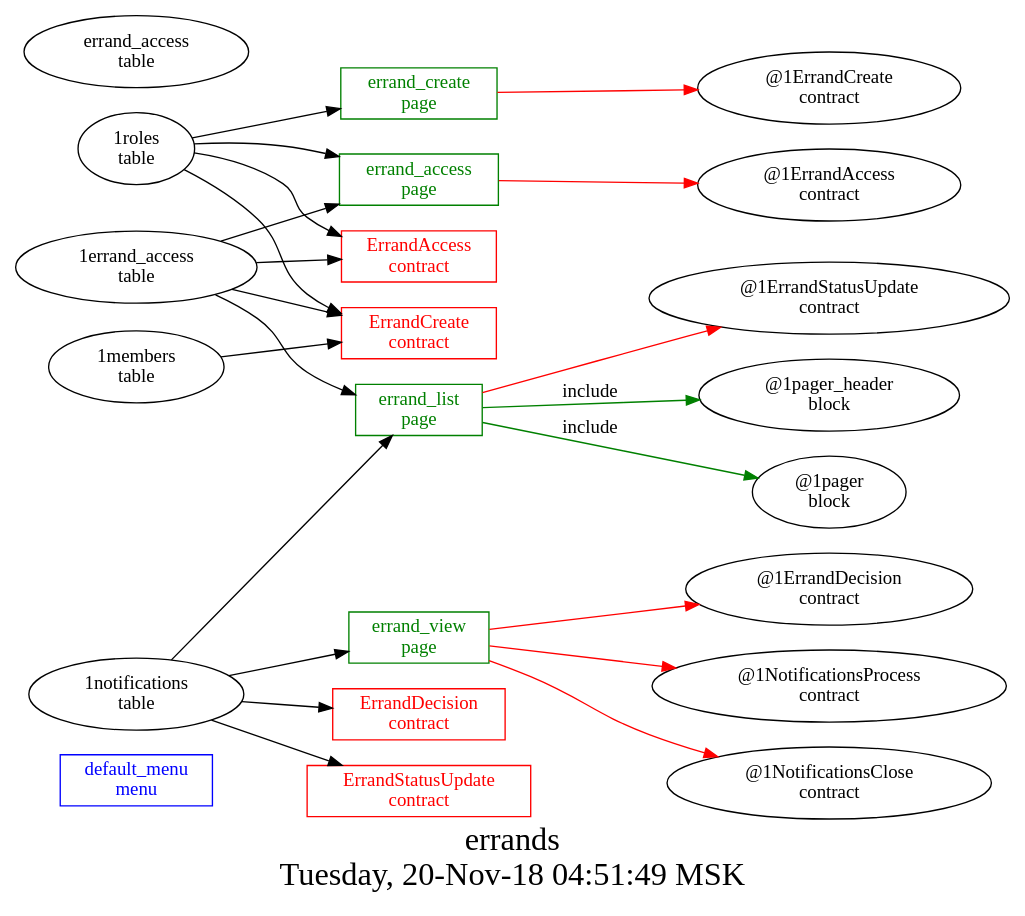
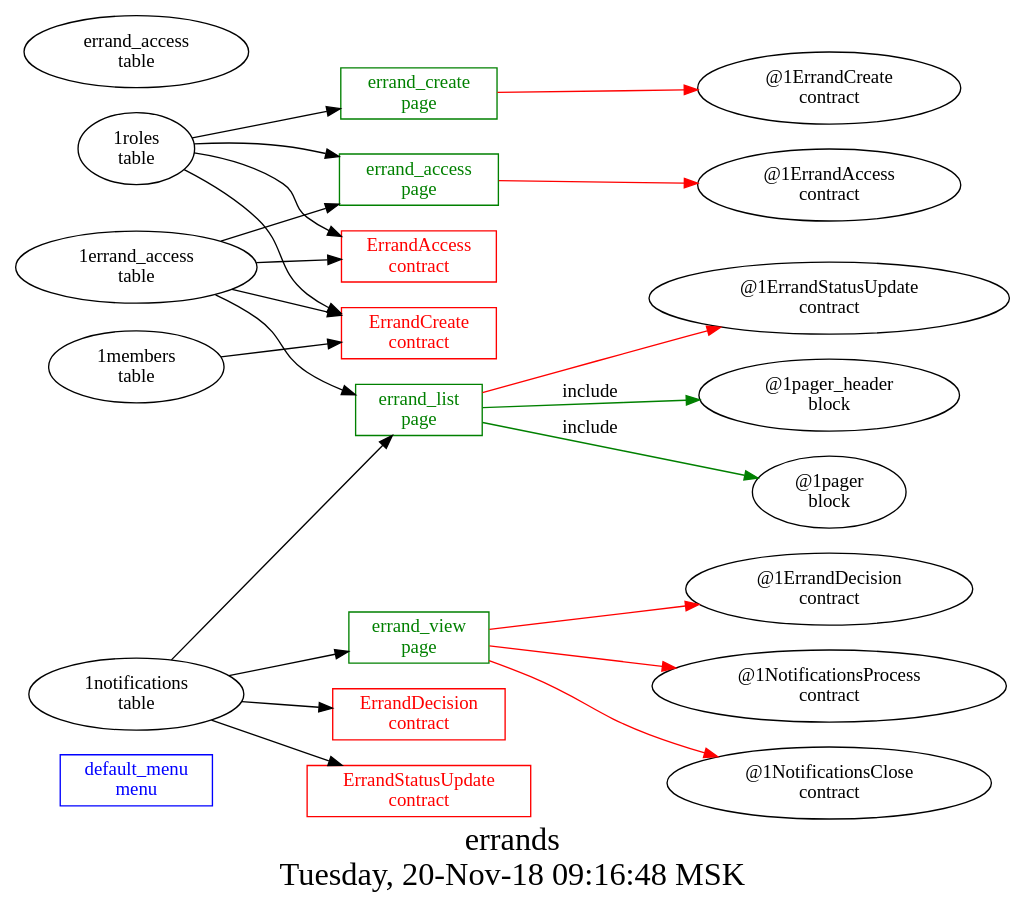
The diagram in src/errands/struct.dot (AlexZeDim/apps), drawn with Graphviz before and after one commit. The commit also changed 2 other files, not shown here.

```diff
--- a/src/errands/struct.dot
+++ b/src/errands/struct.dot
@@ -1,41 +1,41 @@
 digraph G {
 graph [
   fontsize="24";
-  label="errands\nTuesday, 20-Nov-18 04:51:49 MSK";
+  label="errands\nTuesday, 20-Nov-18 09:16:48 MSK";
   nojustify=true;
   ordering=out;
   rankdir=LR;
   size="30";
 ];
 "default_menu\nmenu" [color=blue, fontcolor=blue, group=menus, shape=record];
 "errand_access\npage" -> "@1ErrandAccess\ncontract"  [ color=red ]
 "1roles\ntable" -> "errand_access\npage"
 "1errand_access\ntable" -> "errand_access\npage"
 "errand_access\npage" [color=green, fontcolor=green, group=pages, shape=record];
 "errand_create\npage" -> "@1ErrandCreate\ncontract"  [ color=red ]
 "1roles\ntable" -> "errand_create\npage"
 "errand_create\npage" [color=green, fontcolor=green, group=pages, shape=record];
 "errand_list\npage" -> "@1ErrandStatusUpdate\ncontract"  [ color=red ]
 "1errand_access\ntable" -> "errand_list\npage"
 "1notifications\ntable" -> "errand_list\npage"
 "errand_list\npage" -> "@1pager_header\nblock"  [ color=green, label=include ]
 "errand_list\npage" -> "@1pager\nblock"  [ color=green, label=include ]
 "errand_list\npage" [color=green, fontcolor=green, group=pages, shape=record];
 "errand_view\npage" -> "@1ErrandDecision\ncontract"  [ color=red ]
 "errand_view\npage" -> "@1NotificationsProcess\ncontract"  [ color=red ]
 "errand_view\npage" -> "@1NotificationsClose\ncontract"  [ color=red ]
 "1notifications\ntable" -> "errand_view\npage"
 "errand_view\npage" [color=green, fontcolor=green, group=pages, shape=record];
 "1roles\ntable" -> "ErrandAccess\ncontract"
 "1errand_access\ntable" -> "ErrandAccess\ncontract"
 "ErrandAccess\ncontract" [color=red, fontcolor=red, group=contracts, shape=record];
 "1errand_access\ntable" -> "ErrandCreate\ncontract"
 "1roles\ntable" -> "ErrandCreate\ncontract"
 "1members\ntable" -> "ErrandCreate\ncontract"
 "ErrandCreate\ncontract" [color=red, fontcolor=red, group=contracts, shape=record];
 "1notifications\ntable" -> "ErrandDecision\ncontract"
 "ErrandDecision\ncontract" [color=red, fontcolor=red, group=contracts, shape=record];
 "1notifications\ntable" -> "ErrandStatusUpdate\ncontract"
 "ErrandStatusUpdate\ncontract" [color=red, fontcolor=red, group=contracts, shape=record];
 "errand_access\ntable" [color="", fontcolor="", group=tables, shape=""];
 }
```
